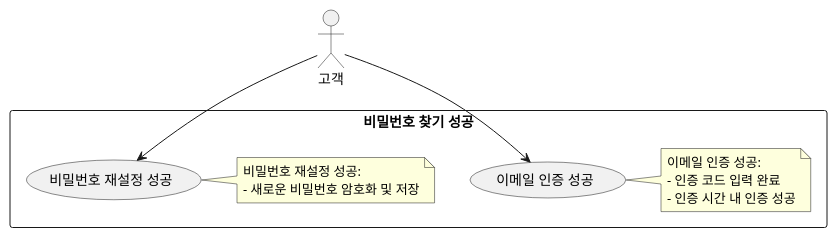
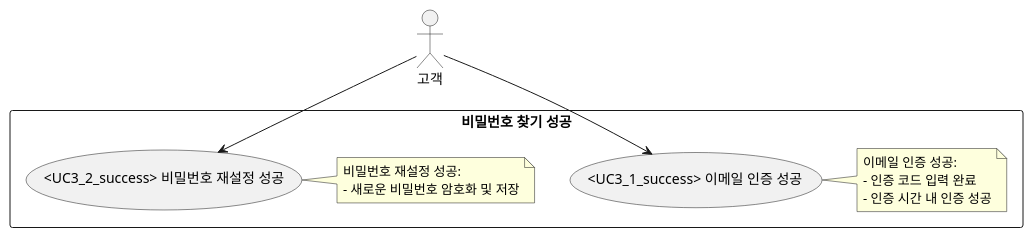
Before and after one commit to f-lab-edu/mini-mart: the diagram in docs/uml/login/uc3_success.puml, drawn with PlantUML. The commit also changed 55 other files, not shown here.

```diff
--- a/docs/uml/login/uc3_success.puml
+++ b/docs/uml/login/uc3_success.puml
@@ -1,21 +1,21 @@
 @startuml
 actor "고객" as Customer
 
 rectangle "비밀번호 찾기 성공" {
-  usecase "이메일 인증 성공" as UC3_1_success
+  usecase "<UC3_1_success> 이메일 인증 성공" as UC3_1_success
   note right
   이메일 인증 성공:
   - 인증 코드 입력 완료
   - 인증 시간 내 인증 성공
   end note
 
-  usecase "비밀번호 재설정 성공" as UC3_2_success
+  usecase "<UC3_2_success> 비밀번호 재설정 성공" as UC3_2_success
   note right
   비밀번호 재설정 성공:
   - 새로운 비밀번호 암호화 및 저장
   end note
 }
 
 Customer --> UC3_1_success
 Customer --> UC3_2_success
 @enduml
```
